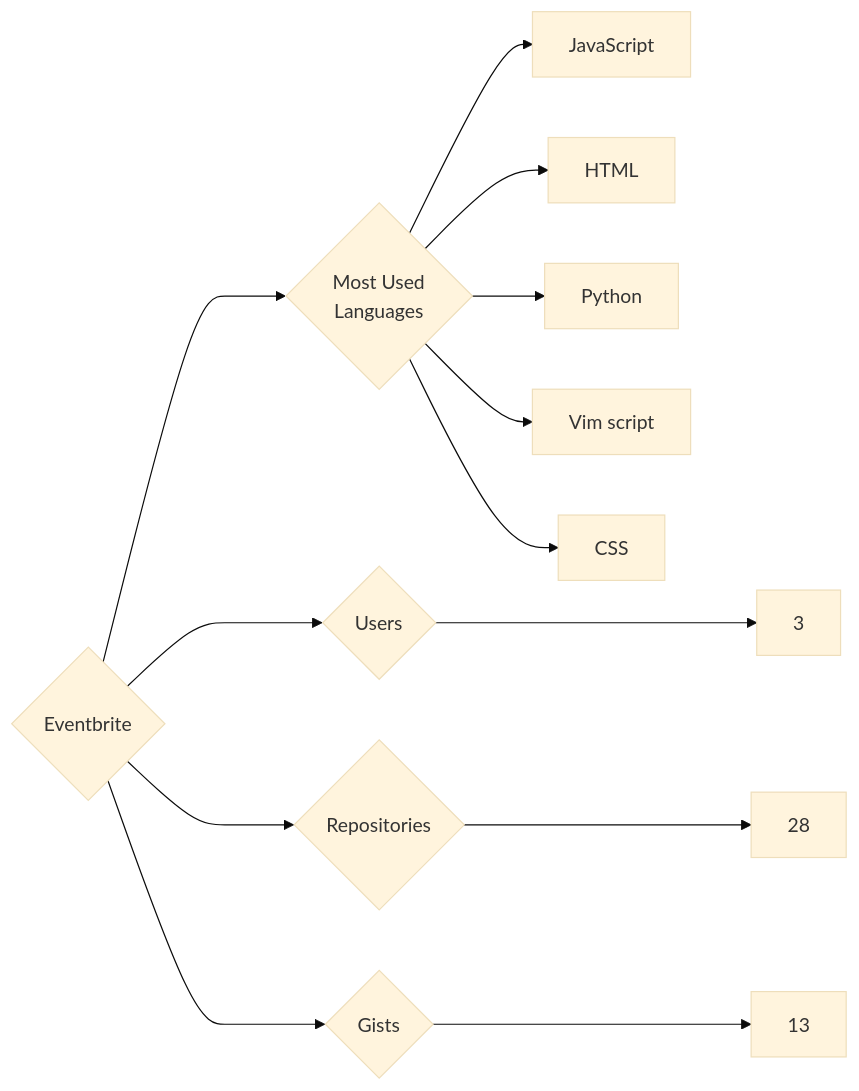
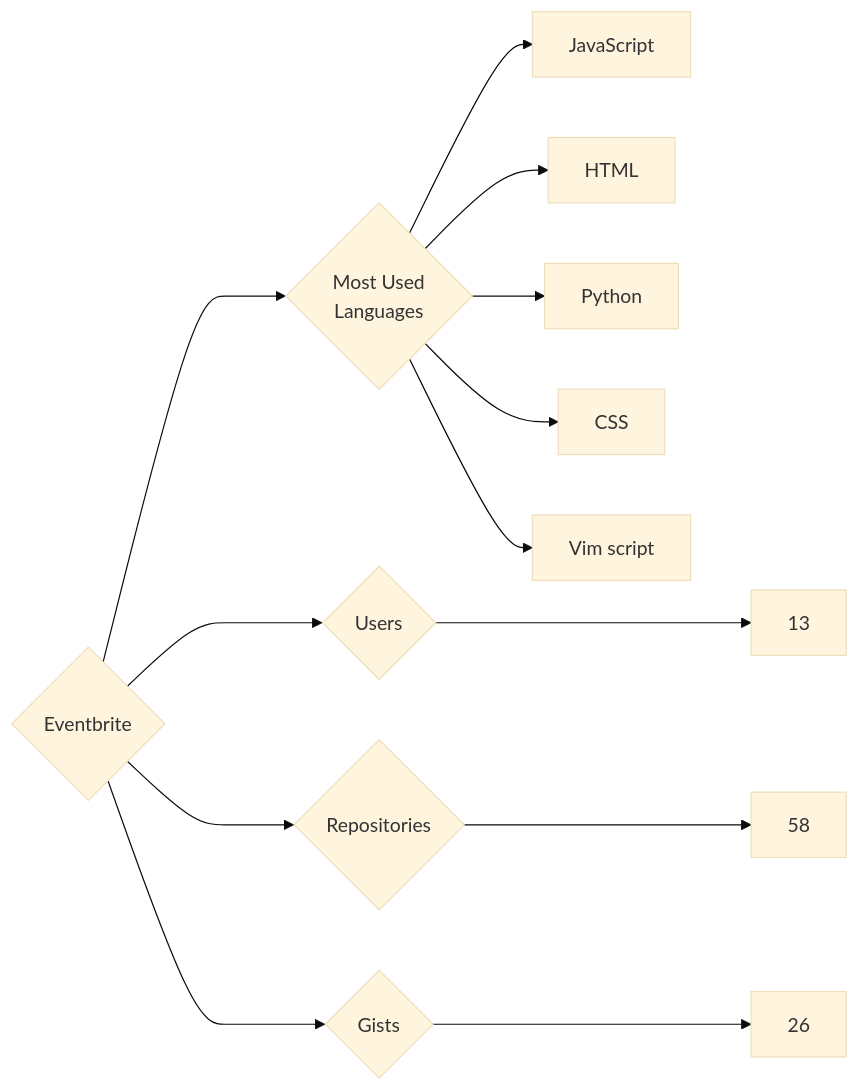
The diagram in targets/Eventbrite/README.md (trickest/insiders), drawn with Mermaid (base theme) before and after one commit. The commit also changed 809 other files, not shown here.

````diff
--- a/targets/Eventbrite/README.md
+++ b/targets/Eventbrite/README.md
@@ -3,13 +3,13 @@
 ```mermaid
 graph LR
 COMPANY_NAME{Eventbrite}
-COMPANY_NAME ---> U{Users} ---> UN[3]
-COMPANY_NAME ---> R{Repositories} ---> RN[28]
-COMPANY_NAME ---> G{Gists} ---> GN[13]
+COMPANY_NAME ---> U{Users} ---> UN[13]
+COMPANY_NAME ---> R{Repositories} ---> RN[58]
+COMPANY_NAME ---> G{Gists} ---> GN[26]
 COMPANY_NAME ---> ML{Most Used<br>Languages}
 ML --> JavaScript[JavaScript]
 ML --> HTML[HTML]
 ML --> Python[Python]
+ML --> CSS[CSS]
 ML --> Vim_script[Vim script]
-ML --> CSS[CSS]
 ```
````
